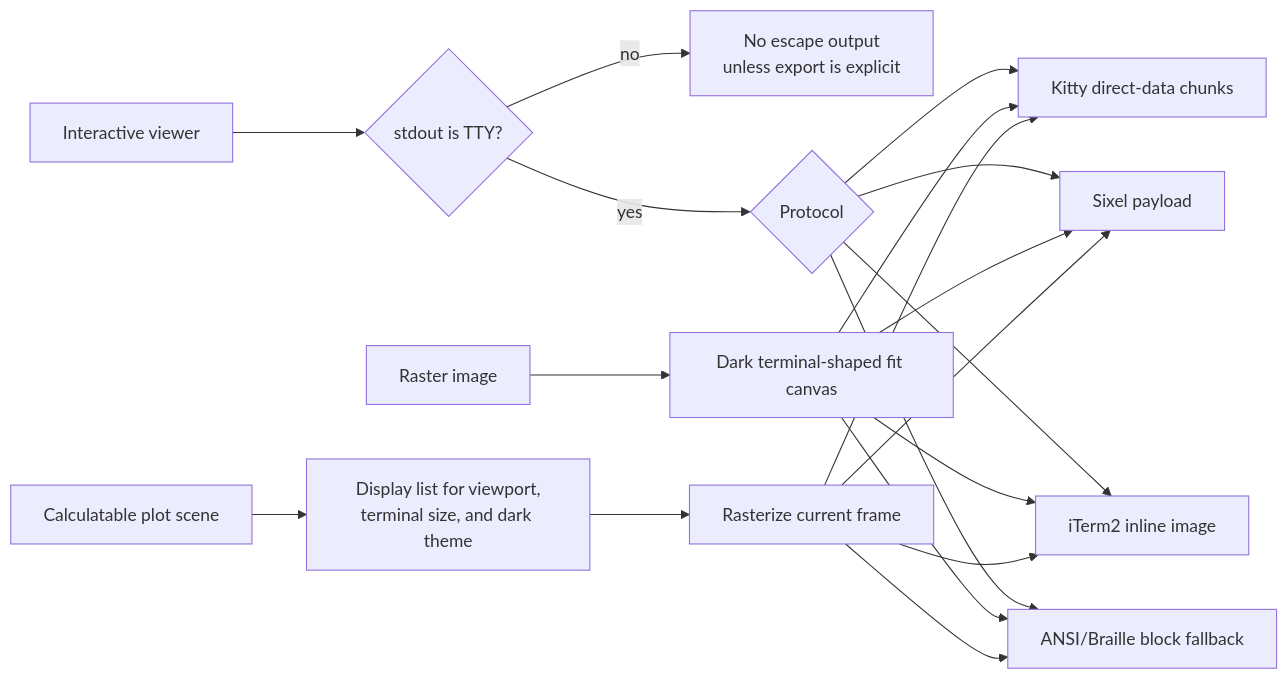
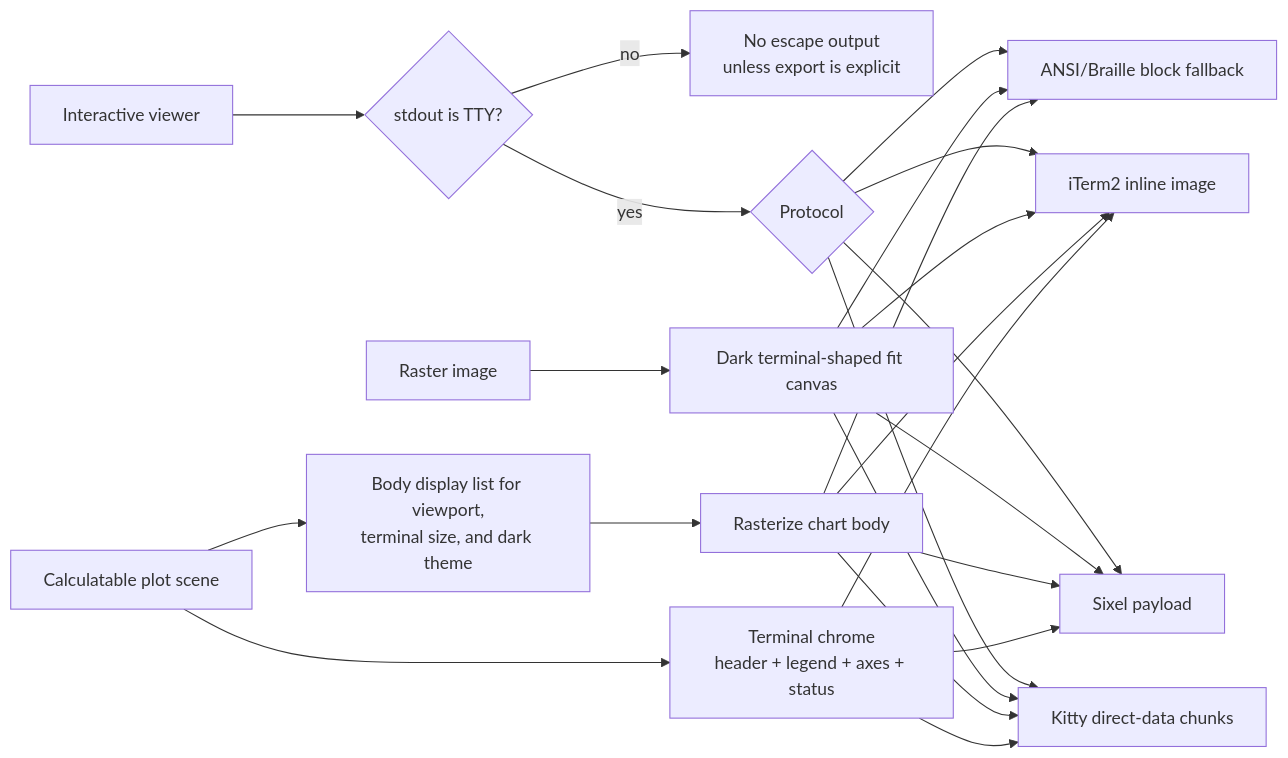
The second of 3 diagrams in README.md (siriusctrl/termviz), drawn with Mermaid before and after one commit. The commit also changed other lines of this file and 9 other files, not shown here.

First line of the commit message:
feat: refine interactive plot chrome

````diff
--- a/README.md
+++ b/README.md
@@ -155,24 +155,28 @@
 ```mermaid
 flowchart LR
     route["Interactive viewer"] --> tty{"stdout is TTY?"}
     tty -- no --> scriptable["No escape output\nunless export is explicit"]
     tty -- yes --> protocol{"Protocol"}
 
     protocol --> kitty["Kitty direct-data chunks"]
     protocol --> sixel["Sixel payload"]
     protocol --> iterm["iTerm2 inline image"]
     protocol --> blocks["ANSI/Braille block fallback"]
 
     raster["Raster image"] --> fit["Dark terminal-shaped fit canvas"]
-    plot["Calculatable plot scene"] --> commands["Display list for viewport,\nterminal size, and dark theme"]
-    commands --> rerender["Rasterize current frame"]
+    plot["Calculatable plot scene"] --> chrome["Terminal chrome\nheader + legend + axes + status"]
+    plot --> commands["Body display list for viewport,\nterminal size, and dark theme"]
+    commands --> rerender["Rasterize chart body"]
 
     fit --> kitty
     fit --> sixel
     fit --> iterm
     fit --> blocks
     rerender --> kitty
     rerender --> sixel
     rerender --> iterm
     rerender --> blocks
+    chrome --> kitty
+    chrome --> sixel
+    chrome --> iterm
 ```
````
